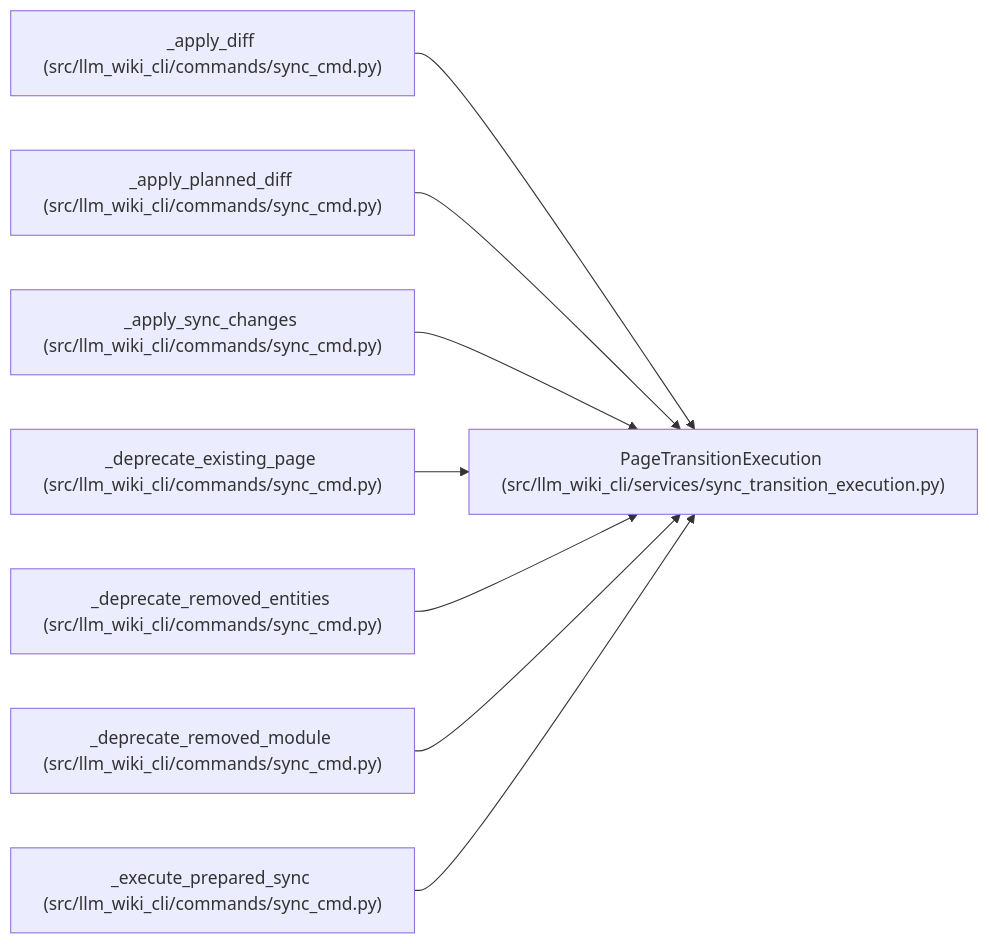
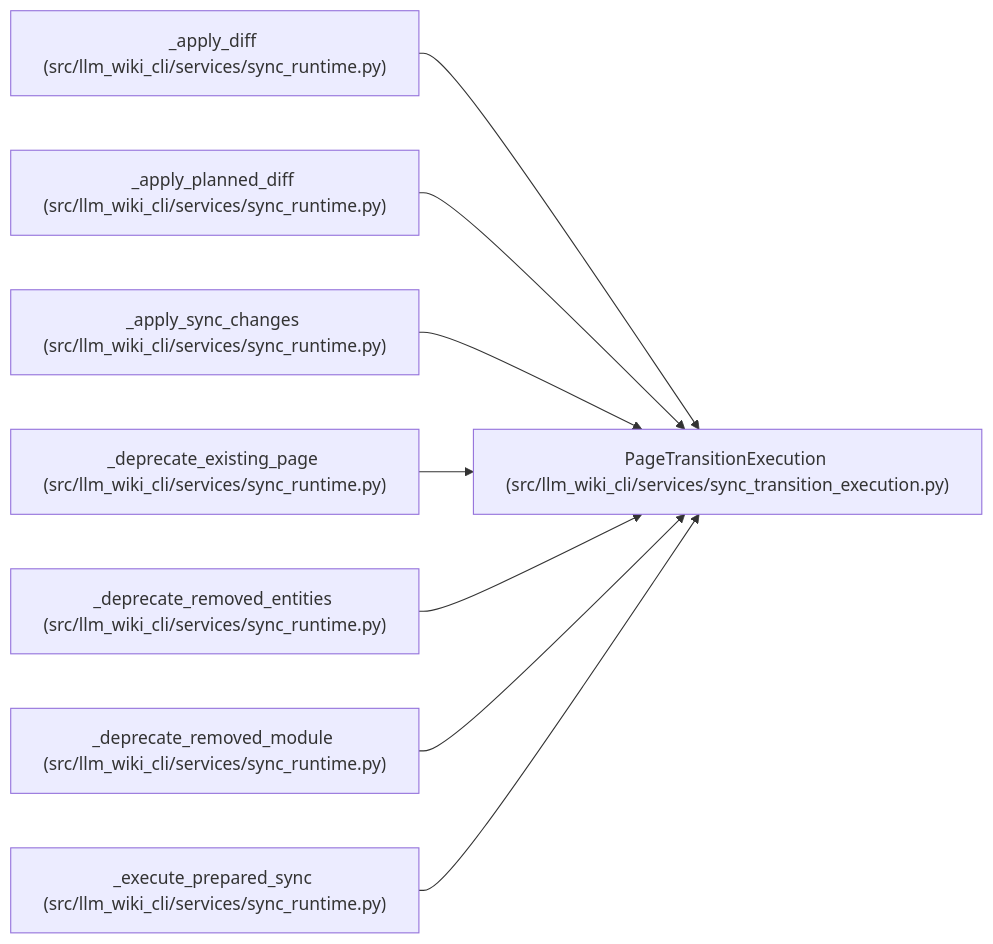
One commit to Denissvgn/python-wiki-llm changed the diagram in docs/llm_wiki/entities/PageTransitionExecution.md. Above: the diagram before and after it, drawn with Mermaid. The commit also changed other lines of this file and 1555 other files, not shown here.

````diff
--- a/docs/llm_wiki/entities/PageTransitionExecution.md
+++ b/docs/llm_wiki/entities/PageTransitionExecution.md
@@ -38,26 +38,26 @@
 ```mermaid
 flowchart LR
     n0["PageTransitionExecution (src/llm_wiki_cli/services/sync_transition_execution.py)"]
-    n1["_apply_diff (src/llm_wiki_cli/commands/sync_cmd.py)"]
-    n2["_apply_planned_diff (src/llm_wiki_cli/commands/sync_cmd.py)"]
-    n3["_apply_sync_changes (src/llm_wiki_cli/commands/sync_cmd.py)"]
-    n4["_deprecate_existing_page (src/llm_wiki_cli/commands/sync_cmd.py)"]
-    n5["_deprecate_removed_entities (src/llm_wiki_cli/commands/sync_cmd.py)"]
-    n6["_deprecate_removed_module (src/llm_wiki_cli/commands/sync_cmd.py)"]
-    n7["_execute_prepared_sync (src/llm_wiki_cli/commands/sync_cmd.py)"]
+    n1["_apply_diff (src/llm_wiki_cli/services/sync_runtime.py)"]
+    n2["_apply_planned_diff (src/llm_wiki_cli/services/sync_runtime.py)"]
+    n3["_apply_sync_changes (src/llm_wiki_cli/services/sync_runtime.py)"]
+    n4["_deprecate_existing_page (src/llm_wiki_cli/services/sync_runtime.py)"]
+    n5["_deprecate_removed_entities (src/llm_wiki_cli/services/sync_runtime.py)"]
+    n6["_deprecate_removed_module (src/llm_wiki_cli/services/sync_runtime.py)"]
+    n7["_execute_prepared_sync (src/llm_wiki_cli/services/sync_runtime.py)"]
     n1 --> n0
     n2 --> n0
     n3 --> n0
     n4 --> n0
     n5 --> n0
     n6 --> n0
     n7 --> n0
     click n0 "../modules/sync_transition_execution.md"
-    click n1 "../modules/sync_cmd.md"
-    click n2 "../modules/sync_cmd.md"
-    click n3 "../modules/sync_cmd.md"
-    click n4 "../modules/sync_cmd.md"
-    click n5 "../modules/sync_cmd.md"
-    click n6 "../modules/sync_cmd.md"
-    click n7 "../modules/sync_cmd.md"
+    click n1 "../modules/sync_runtime.md"
+    click n2 "../modules/sync_runtime.md"
+    click n3 "../modules/sync_runtime.md"
+    click n4 "../modules/sync_runtime.md"
+    click n5 "../modules/sync_runtime.md"
+    click n6 "../modules/sync_runtime.md"
+    click n7 "../modules/sync_runtime.md"
 ```
````
